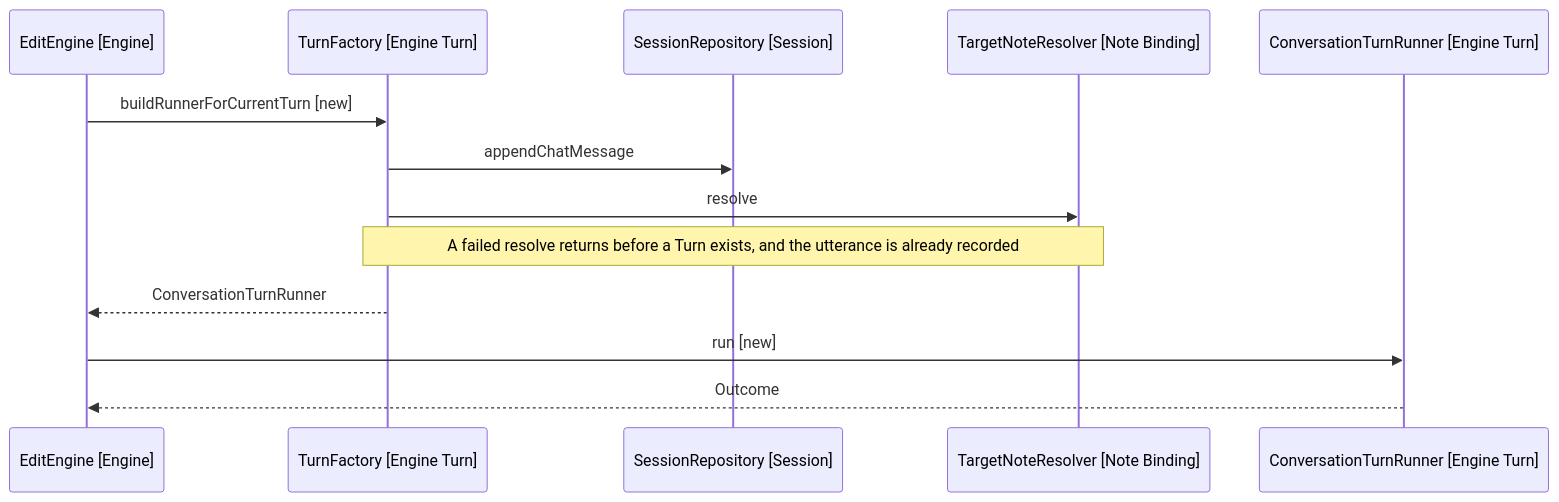
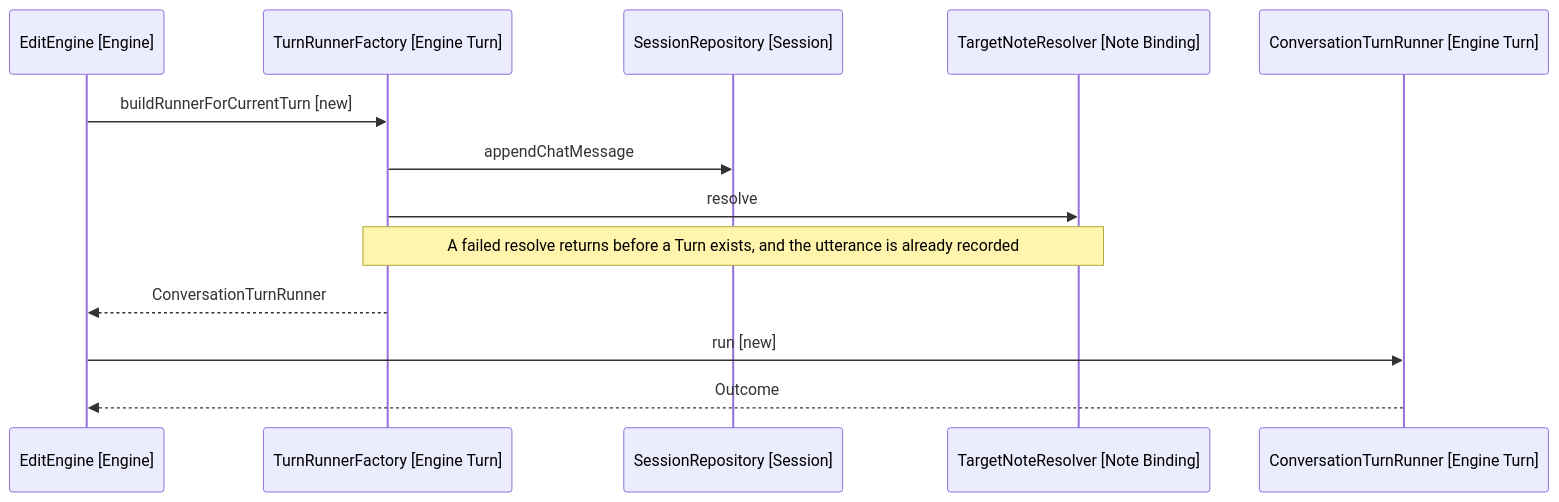
The second of 2 diagrams in docs/spec/17-layering/5-design-self-running-turn.md (iparips/obsidian-owl), drawn with Mermaid before and after one commit. The commit also changed other lines of this file and 5 other files, not shown here.

````diff
--- a/docs/spec/17-layering/5-design-self-running-turn.md
+++ b/docs/spec/17-layering/5-design-self-running-turn.md
@@ -72,16 +72,16 @@
 ```mermaid
 sequenceDiagram
     participant Engine as EditEngine [Engine]
-    participant Factory as TurnFactory [Engine Turn]
+    participant Factory as TurnRunnerFactory [Engine Turn]
     participant Session as SessionRepository [Session]
     participant Resolver as TargetNoteResolver [Note Binding]
     participant Turn as ConversationTurnRunner [Engine Turn]
 
     Engine->>Factory: buildRunnerForCurrentTurn [new]
     Factory->>Session: appendChatMessage
     Factory->>Resolver: resolve
     Note over Factory,Resolver: A failed resolve returns before a Turn exists, and the utterance is already recorded
     Factory-->>Engine: ConversationTurnRunner
     Engine->>Turn: run [new]
     Turn-->>Engine: Outcome
 ```
````
